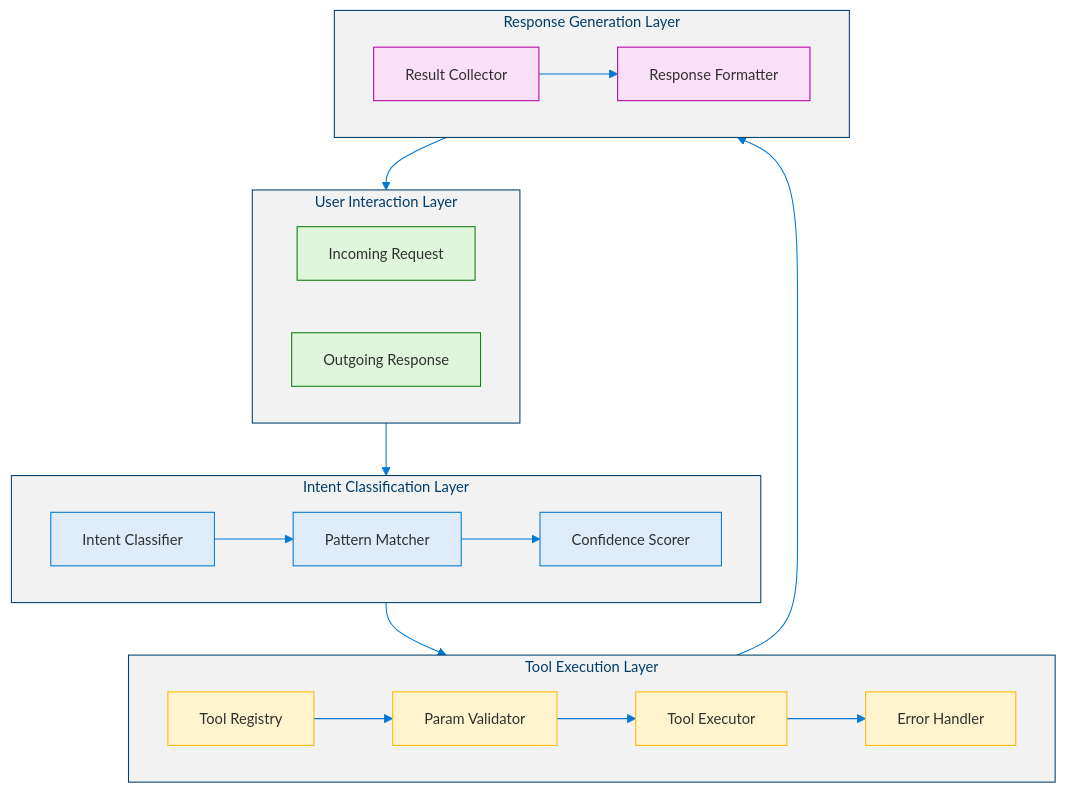
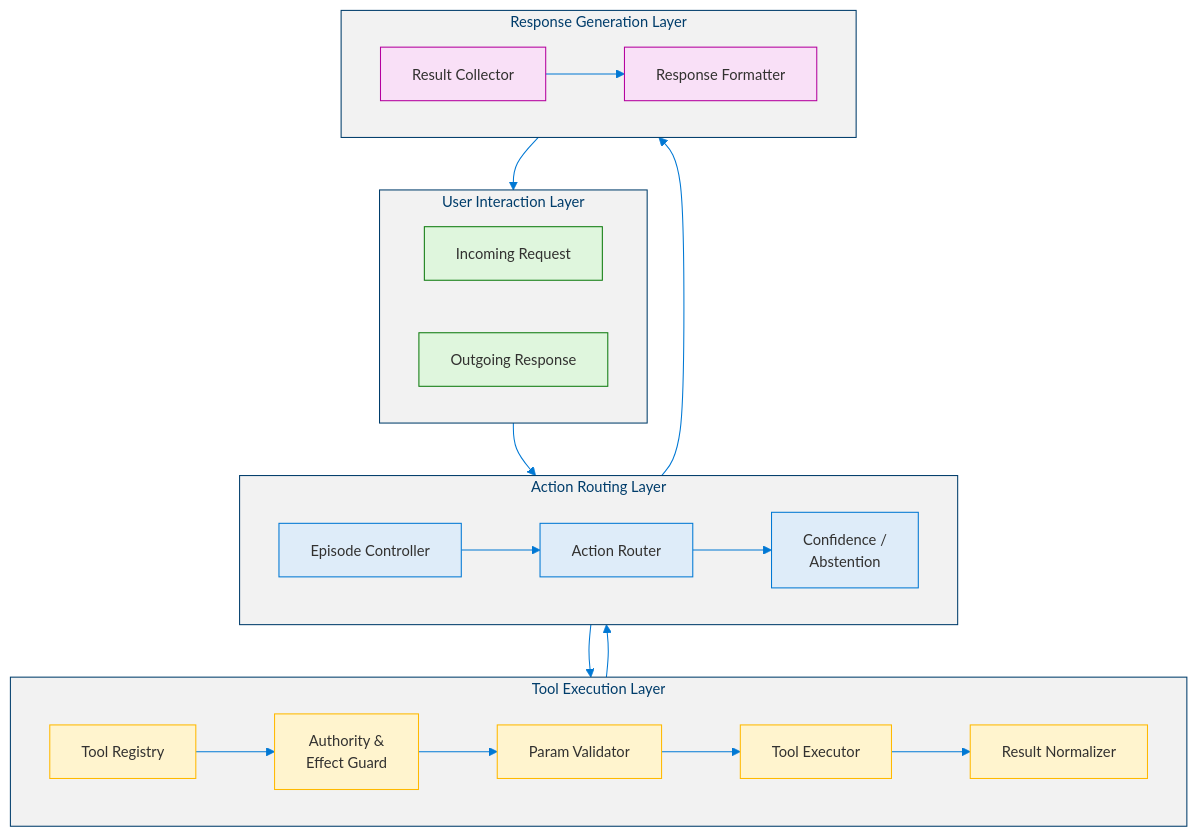
The second of 7 diagrams in docs/levels/Level_1_Tool_Agent.md (dotnetpower/mscp), drawn with Mermaid before and after one commit. The commit also changed other lines of this file and 21 other files, not shown here.

````diff
--- a/docs/levels/Level_1_Tool_Agent.md
+++ b/docs/levels/Level_1_Tool_Agent.md
@@ -154,47 +171,49 @@
 ```mermaid
 %%{init: {'theme': 'base', 'themeVariables': {'primaryColor': '#0078D4', 'primaryTextColor': '#003D6B', 'primaryBorderColor': '#003D6B', 'secondaryColor': '#50E6FF', 'secondaryTextColor': '#323130', 'secondaryBorderColor': '#00BCF2', 'tertiaryColor': '#F2F2F2', 'tertiaryTextColor': '#323130', 'lineColor': '#0078D4', 'textColor': '#323130', 'mainBkg': '#DEECF9', 'nodeBorder': '#0078D4', 'clusterBkg': '#F2F2F2', 'clusterBorder': '#003D6B', 'titleColor': '#003D6B', 'edgeLabelBackground': '#FFFFFF', 'fontSize': '14px'}}}%%
 flowchart TD
   classDef input fill:#107C10,stroke:#085108,color:#FFF
   classDef inputLight fill:#DFF6DD,stroke:#107C10,color:#323130
   classDef process fill:#0078D4,stroke:#003D6B,color:#FFF
   classDef processLight fill:#DEECF9,stroke:#0078D4,color:#323130
   classDef tool fill:#FFB900,stroke:#CC9400,color:#323130
   classDef toolLight fill:#FFF4CE,stroke:#FFB900,color:#323130
   classDef output fill:#B4009E,stroke:#8A0076,color:#FFF
   classDef outputLight fill:#F9E0F7,stroke:#B4009E,color:#323130
 
   subgraph UserLayer["User Interaction Layer"]
     direction LR
     REQ["Incoming Request"]:::inputLight
     RES["Outgoing Response"]:::inputLight
   end
 
-  subgraph IntentLayer["Intent Classification Layer"]
+  subgraph IntentLayer["Action Routing Layer"]
     direction LR
-    IC["Intent Classifier"]:::processLight
-    PT["Pattern Matcher"]:::processLight
-    CF["Confidence Scorer"]:::processLight
-    IC --> PT --> CF
+    EC["Episode Controller"]:::processLight
+    IC["Action Router"]:::processLight
+    CF["Confidence /<br/>Abstention"]:::processLight
+    EC --> IC --> CF
   end
 
   subgraph ToolLayer["Tool Execution Layer"]
     direction LR
     TR["Tool Registry"]:::toolLight
+    PG["Authority &<br/>Effect Guard"]:::toolLight
     TV["Param Validator"]:::toolLight
     TE["Tool Executor"]:::toolLight
-    EH["Error Handler"]:::toolLight
-    TR --> TV --> TE --> EH
+    RN["Result Normalizer"]:::toolLight
+    TR --> PG --> TV --> TE --> RN
   end
 
   subgraph ResponseLayer["Response Generation Layer"]
     direction LR
     RC["Result Collector"]:::outputLight
     RF["Response Formatter"]:::outputLight
     RC --> RF
   end
 
-  REQ --> IC
+  REQ --> EC
   CF --> TR
-  EH --> RC
+  RN --> EC
+  EC --> RC
   RF --> RES
 ```
````
